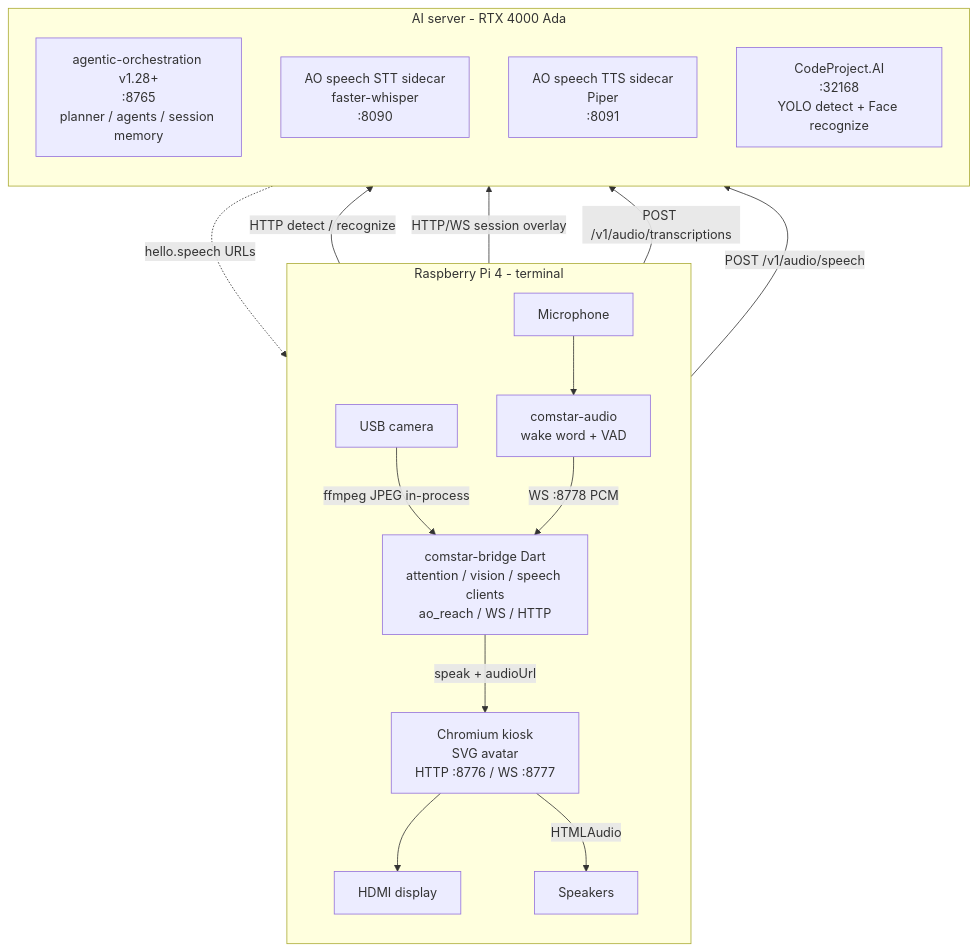
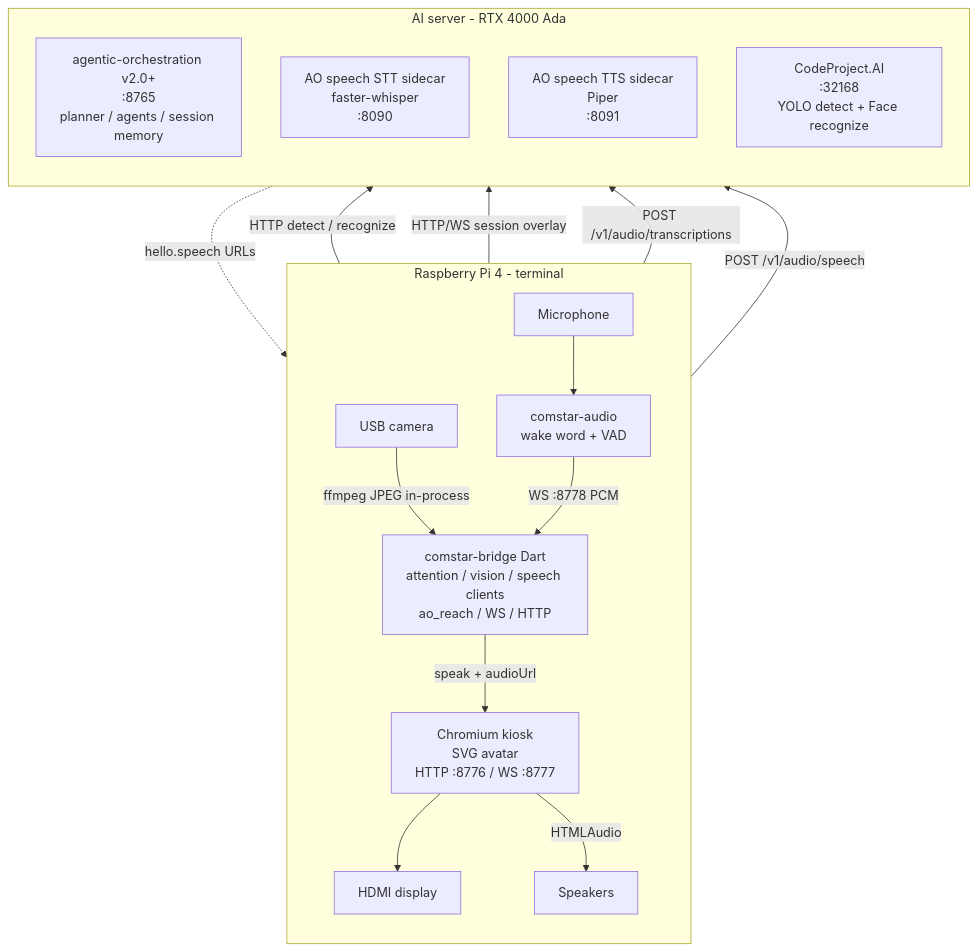
One commit to zlatko-lakisic/comstar changed the diagram in README.md. Above: the diagram before and after it, drawn with Mermaid. The commit also changed other lines of this file and 15 other files, not shown here.

````diff
--- a/README.md
+++ b/README.md
@@ -77,35 +77,35 @@
 ```mermaid
 flowchart TB
   subgraph pi ["Raspberry Pi 4 - terminal"]
     direction TB
     cam["USB camera"]
     mic["Microphone"]
     display["HDMI display"]
     speakers["Speakers"]
 
     audio["comstar-audio<br/>wake word + VAD"]
     bridge["comstar-bridge Dart<br/>attention / vision / speech clients<br/>ao_reach / WS / HTTP"]
     kiosk["Chromium kiosk<br/>SVG avatar<br/>HTTP :8776 / WS :8777"]
 
     cam -->|"ffmpeg JPEG in-process"| bridge
     mic --> audio
     audio -->|"WS :8778 PCM"| bridge
     bridge -->|"speak + audioUrl"| kiosk
     kiosk --> display
     kiosk -->|"HTMLAudio"| speakers
   end
 
   subgraph server ["AI server - RTX 4000 Ada"]
     direction TB
-    ao["agentic-orchestration v1.28+<br/>:8765<br/>planner / agents / session memory"]
+    ao["agentic-orchestration v2.0+<br/>:8765<br/>planner / agents / session memory"]
     stt["AO speech STT sidecar<br/>faster-whisper<br/>:8090"]
     tts["AO speech TTS sidecar<br/>Piper<br/>:8091"]
     cpai["CodeProject.AI<br/>:32168<br/>YOLO detect + Face recognize"]
   end
 
   bridge -->|"HTTP detect / recognize"| cpai
   bridge -->|"HTTP/WS session overlay"| ao
   ao -.->|"hello.speech URLs"| bridge
   bridge -->|"POST /v1/audio/transcriptions"| stt
   bridge -->|"POST /v1/audio/speech"| tts
 ```
````
